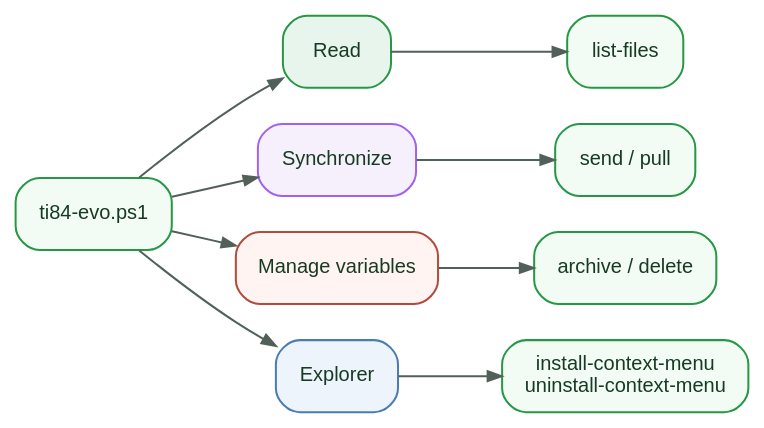
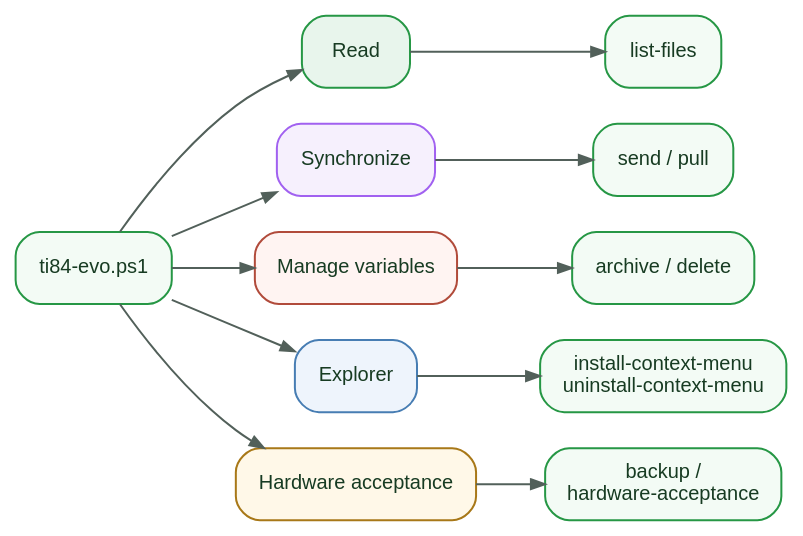
Before and after one commit to Inspyre-Softworks/ti84-evo-for-pycharm: the diagram in docs/cli.rst, drawn with Graphviz. The commit also changed other lines of this file and 29 other files, not shown here.

First line of the commit message:
Add hardware acceptance harness

```diff
--- a/docs/cli.rst
+++ b/docs/cli.rst
@@ -22,26 +22,29 @@
 .. graphviz::
    :align: center
 
    digraph cli_commands {
        rankdir=LR;
        graph [bgcolor="transparent", pad=0.15, nodesep=0.25, ranksep=0.45];
        node [shape=box, style="rounded,filled", fillcolor="#f3fbf5",
              color="#269745", fontcolor="#173b22", fontname="Arial",
              fontsize=10, margin="0.16,0.10"];
        edge [color="#52605a", fontname="Arial", fontsize=9, arrowsize=0.7];
 
        cli [label="ti84-evo.ps1"];
        read [label="Read", fillcolor="#e8f5ec"];
        sync [label="Synchronize", fillcolor="#f6f0fd", color="#a161f0"];
        mutate [label="Manage variables", fillcolor="#fff4f2", color="#b14b3b"];
        shell [label="Explorer", fillcolor="#eef4fc", color="#477db3"];
+       safety [label="Hardware acceptance", fillcolor="#fff8e8", color="#a87818"];
        list [label="list-files"];
        send [label="send / pull"];
        vars [label="archive / delete"];
        menus [label="install-context-menu\nuninstall-context-menu"];
+       backup [label="backup /\nhardware-acceptance"];
 
        cli -> read -> list;
        cli -> sync -> send;
        cli -> mutate -> vars;
        cli -> shell -> menus;
+       cli -> safety -> backup;
    }
```
